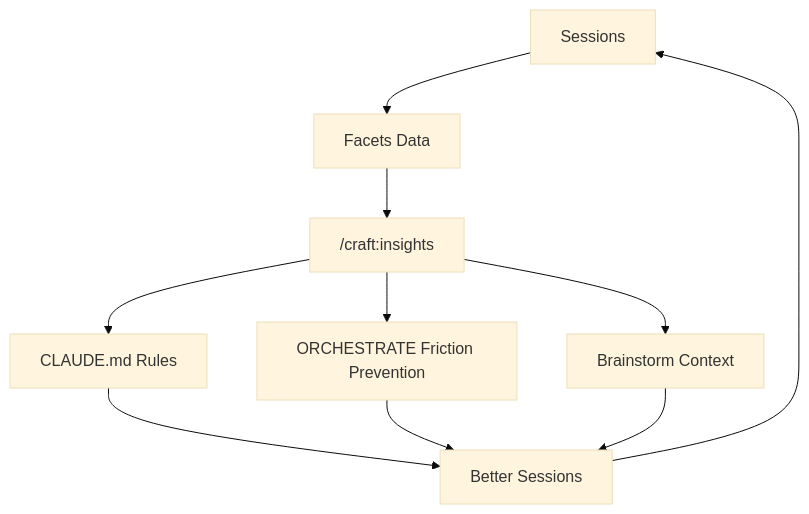
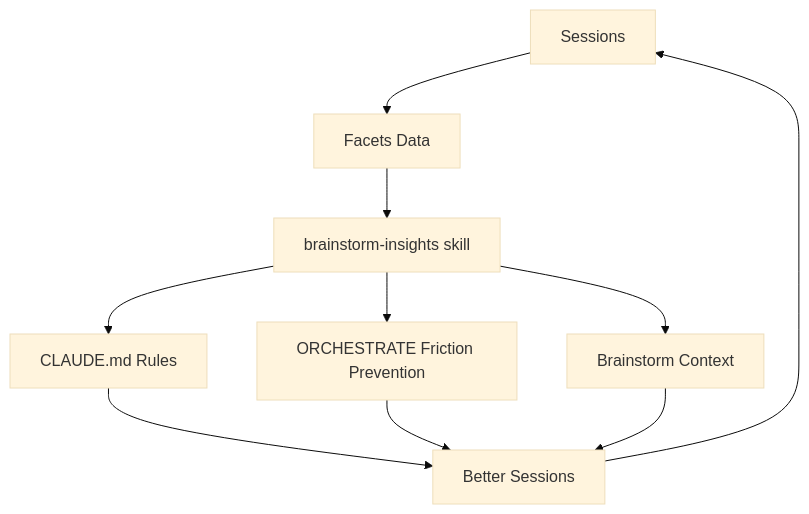
The second of 2 diagrams in docs/guide/pipeline-orchestrate-guide.md (Data-Wise/craft), drawn with Mermaid (base theme) before and after one commit. The commit also changed other lines of this file and 40 other files, not shown here.

````diff
--- a/docs/guide/pipeline-orchestrate-guide.md
+++ b/docs/guide/pipeline-orchestrate-guide.md
@@ -242,12 +242,12 @@
 ```mermaid
 flowchart TD
     S[Sessions] --> F[Facets Data]
-    F --> I["/craft:insights"]
+    F --> I["brainstorm-insights skill"]
     I --> R1[CLAUDE.md Rules]
     I --> R2[ORCHESTRATE Friction Prevention]
     I --> R3[Brainstorm Context]
     R1 --> B[Better Sessions]
     R2 --> B
     R3 --> B
     B --> S
 ```
````
